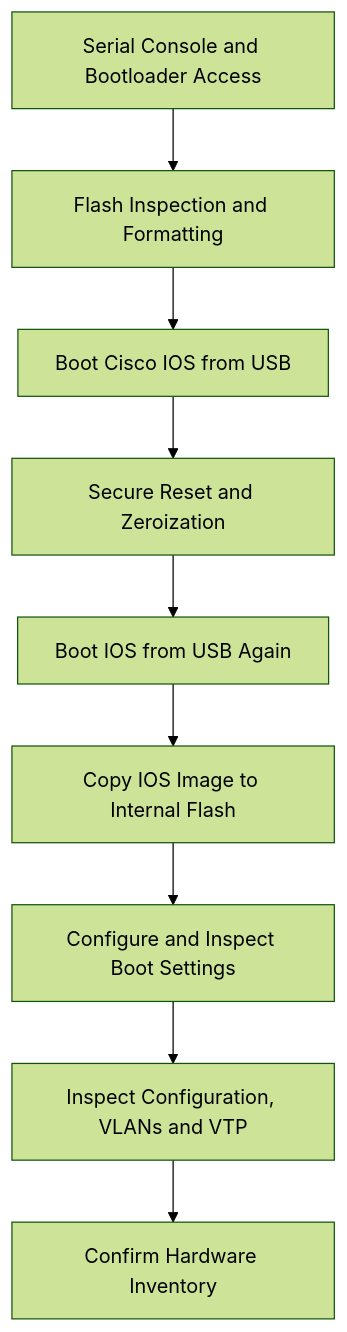
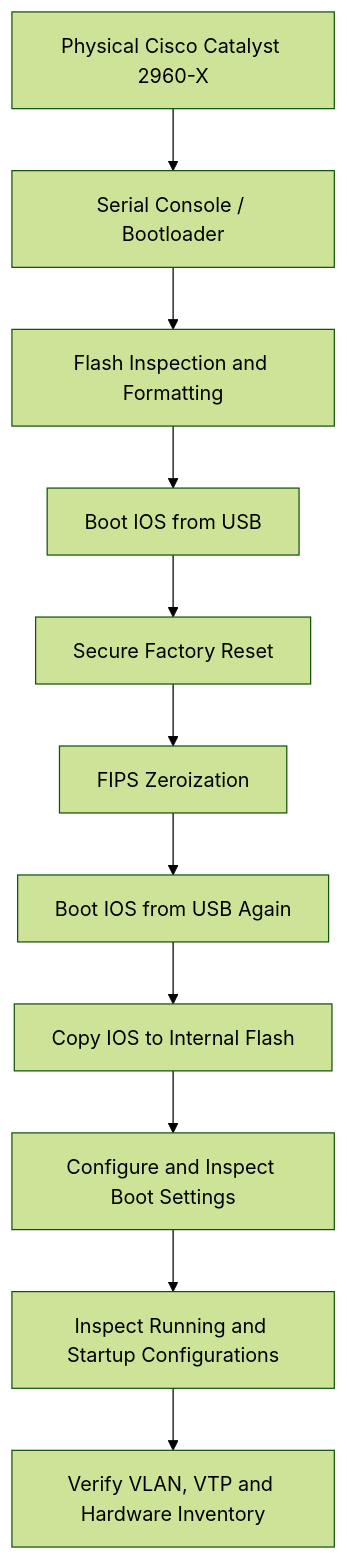
Before and after one commit to Programmer-stevenson/Cisco-Catalyst-2960X-Hands-On-Infrastructure-Project: the diagram in README.md, drawn with Mermaid (forest theme). The commit also changed other lines of this file, not shown here.

````diff
--- a/README.md
+++ b/README.md
@@ -103,11 +154,13 @@
 ```mermaid
 flowchart TD
-    A[Serial Console and Bootloader Access] --> B[Flash Inspection and Formatting]
-    B --> C[Boot Cisco IOS from USB]
-    C --> D[Secure Reset and Zeroization]
-    D --> E[Boot IOS from USB Again]
-    E --> F[Copy IOS Image to Internal Flash]
-    F --> G[Configure and Inspect Boot Settings]
-    G --> H[Inspect Configuration, VLANs and VTP]
-    H --> I[Confirm Hardware Inventory]
+    A["Physical Cisco Catalyst 2960-X"] --> B["Serial Console / Bootloader"]
+    B --> C["Flash Inspection and Formatting"]
+    C --> D["Boot IOS from USB"]
+    D --> E["Secure Factory Reset"]
+    E --> F["FIPS Zeroization"]
+    F --> G["Boot IOS from USB Again"]
+    G --> H["Copy IOS to Internal Flash"]
+    H --> I["Configure and Inspect Boot Settings"]
+    I --> J["Inspect Running and Startup Configurations"]
+    J --> K["Verify VLAN, VTP and Hardware Inventory"]
 ```
````
